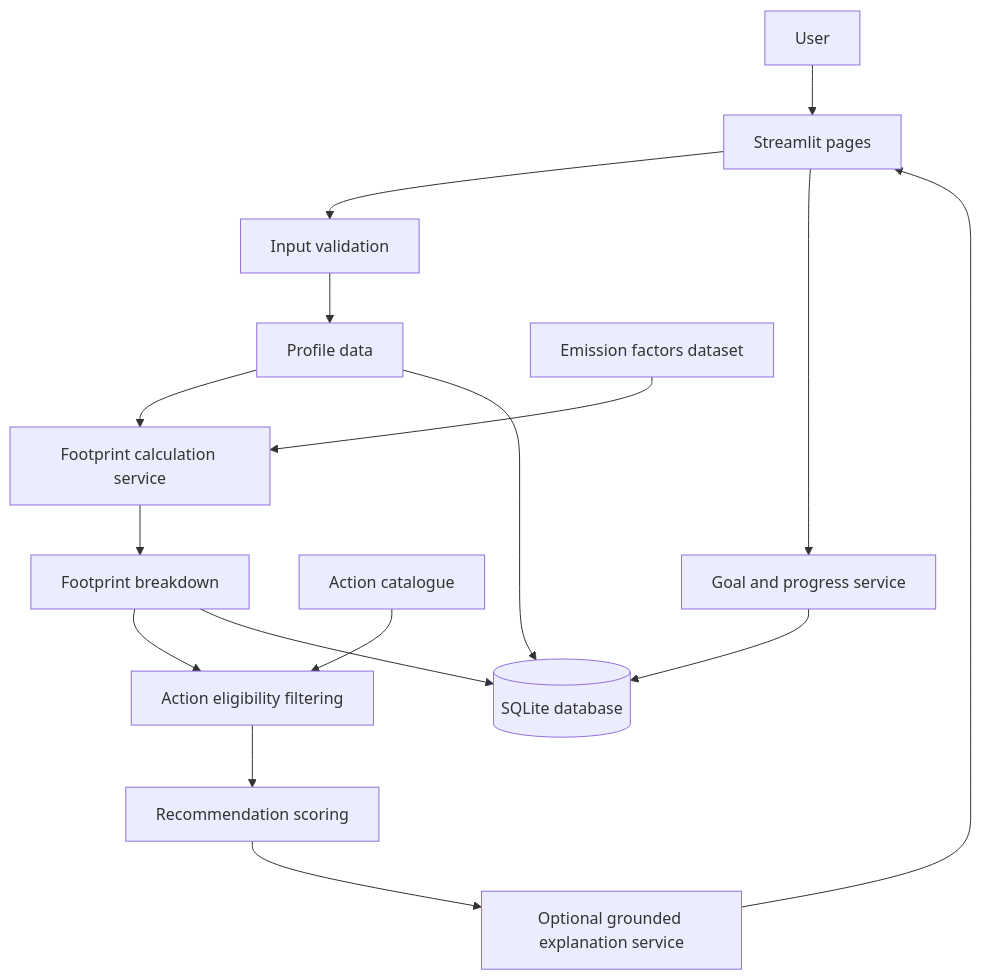
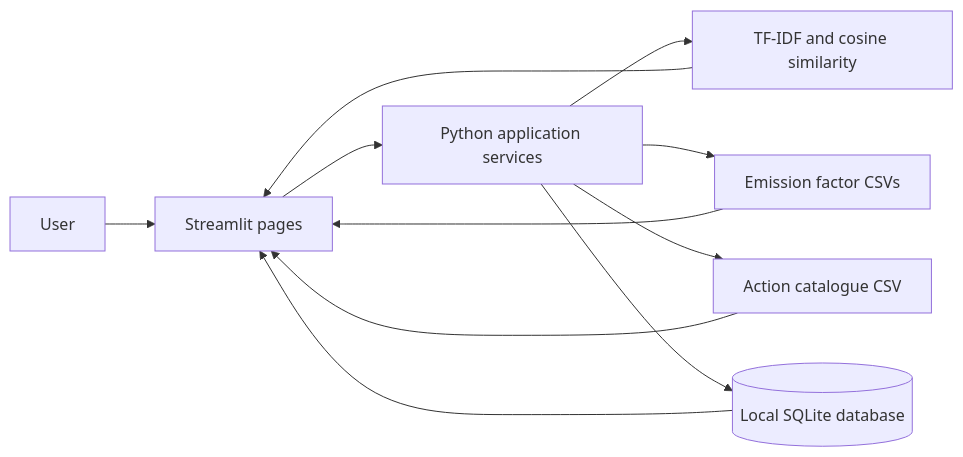
Before and after one commit to Vatsal-2-4/-AI-Based-Sustainable-Lifestyle-Recommendation-Platform-.: the diagram in README.md, drawn with Mermaid. The commit also changed other lines of this file, not shown here.

````diff
--- a/README.md
+++ b/README.md
@@ -90,18 +38,13 @@
 ```mermaid
-flowchart TD
+flowchart LR
     U[User] --> UI[Streamlit pages]
-    UI --> V[Input validation]
-    V --> P[Profile data]
-    P --> F[Footprint calculation service]
-    EF[Emission factors dataset] --> F
-    F --> R[Footprint breakdown]
-    R --> RF[Action eligibility filtering]
-    AC[Action catalogue] --> RF
-    RF --> RS[Recommendation scoring]
-    RS --> EX[Optional grounded explanation service]
-    EX --> UI
-    UI --> GO[Goal and progress service]
-    GO --> DB[(SQLite database)]
-    P --> DB
-    R --> DB
+    UI --> S[Python application services]
+    S --> ML[TF-IDF and cosine similarity]
+    S --> EF[Emission factor CSVs]
+    S --> AC[Action catalogue CSV]
+    S --> DB[(Local SQLite database)]
+    ML --> UI
+    EF --> UI
+    AC --> UI
+    DB --> UI
 ```
````
